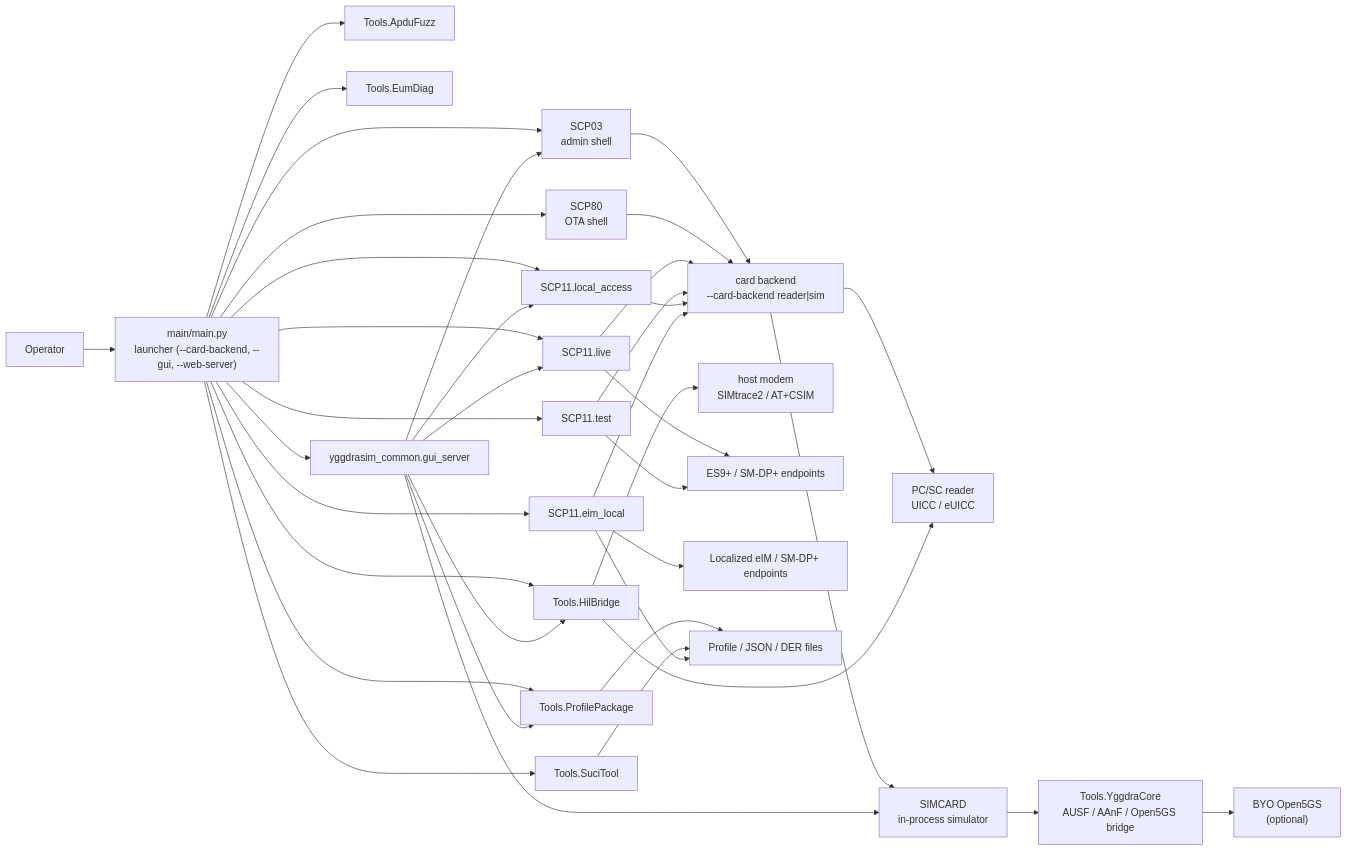
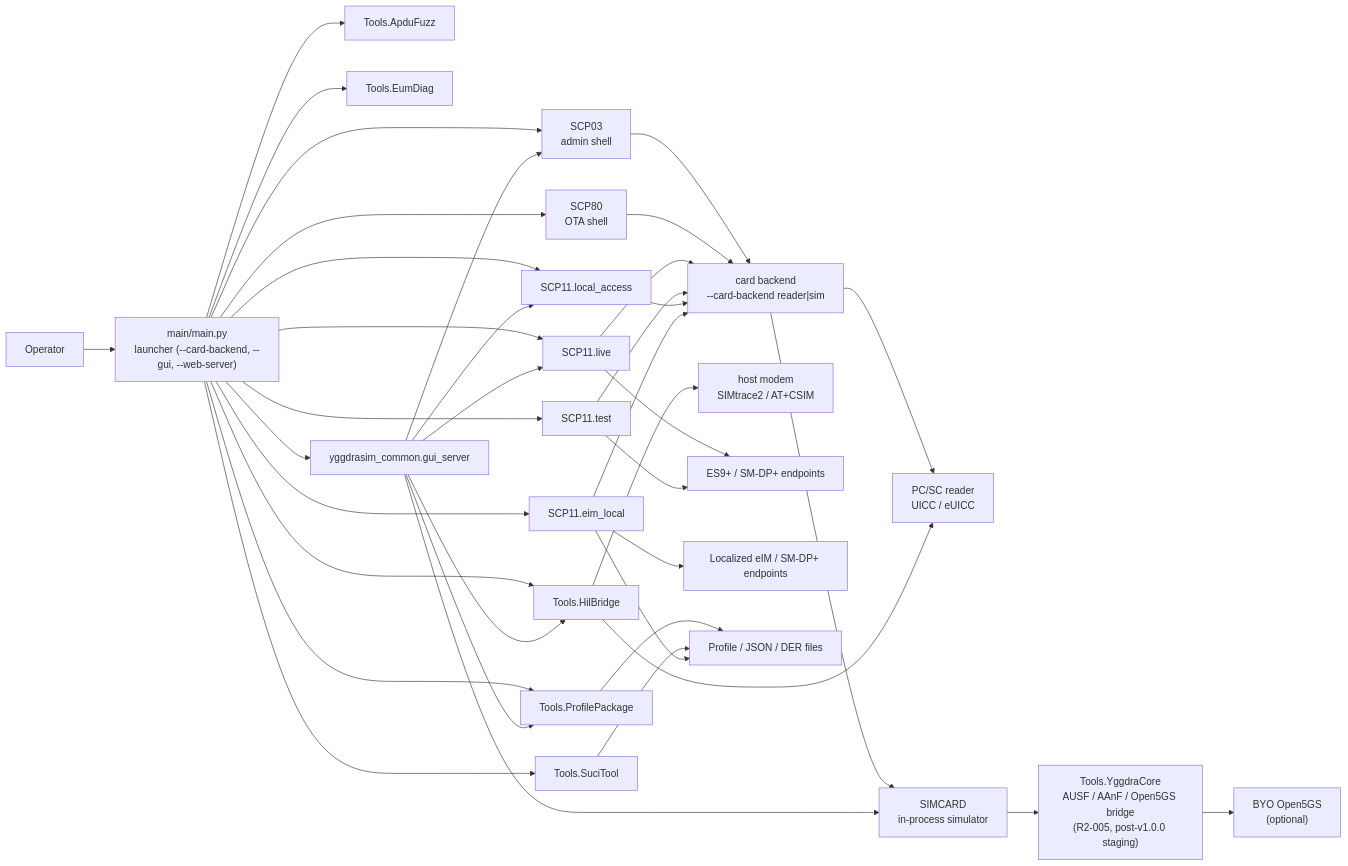
The first of 12 diagrams in guides/ARCHITECTURE.md (1oT/YggdraSIM), drawn with Mermaid before and after one commit. The commit also changed other lines of this file and 20 other files, not shown here.

````diff
--- a/guides/ARCHITECTURE.md
+++ b/guides/ARCHITECTURE.md
@@ -31,48 +31,48 @@
 ```mermaid
 flowchart LR
     Operator["Operator"] --> Launcher["main/main.py<br/>launcher (--card-backend, --gui, --web-server)"]
 
     Launcher --> SCP03["SCP03<br/>admin shell"]
     Launcher --> SCP80["SCP80<br/>OTA shell"]
     Launcher --> Live["SCP11.live"]
     Launcher --> Test["SCP11.test"]
     Launcher --> Local["SCP11.local_access"]
     Launcher --> EimLocal["SCP11.eim_local"]
     Launcher --> ProfileTool["Tools.ProfilePackage"]
     Launcher --> Suci["Tools.SuciTool"]
     Launcher --> Hil["Tools.HilBridge"]
     Launcher --> Fuzz["Tools.ApduFuzz"]
     Launcher --> Eum["Tools.EumDiag"]
     Launcher --> Gui["yggdrasim_common.gui_server"]
 
     SCP03 --> Backend["card backend<br/>--card-backend reader|sim"]
     SCP80 --> Backend
     Live --> Backend
     Test --> Backend
     Local --> Backend
     EimLocal --> Backend
 
     Backend --> Card["PC/SC reader<br/>UICC / eUICC"]
     Backend --> Sim["SIMCARD<br/>in-process simulator"]
 
     Hil --> Card
     Hil --> Modem["host modem<br/>SIMtrace2 / AT+CSIM"]
 
     Live --> Network["ES9+ / SM-DP+ endpoints"]
     Test --> Network
     EimLocal --> LocalServices["Localized eIM / SM-DP+ endpoints"]
 
-    Sim --> YggdraCore["Tools.YggdraCore<br/>AUSF / AAnF / Open5GS bridge"]
+    Sim --> YggdraCore["Tools.YggdraCore<br/>AUSF / AAnF / Open5GS bridge<br/>(R2-005, post-v1.0.0 staging)"]
     YggdraCore --> Open5gs["BYO Open5GS<br/>(optional)"]
 
     ProfileTool --> Files["Profile / JSON / DER files"]
     Suci --> Files
     EimLocal --> Files
 
     Gui --> SCP03
     Gui --> Live
     Gui --> Local
     Gui --> ProfileTool
     Gui --> Sim
     Gui --> Hil
 ```
````
